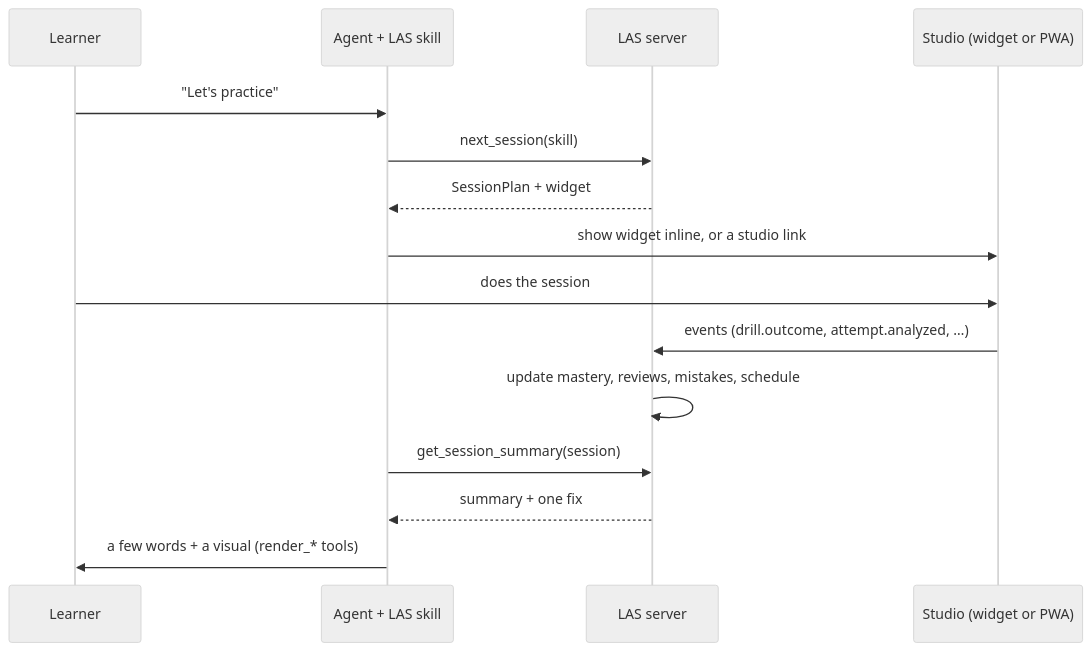
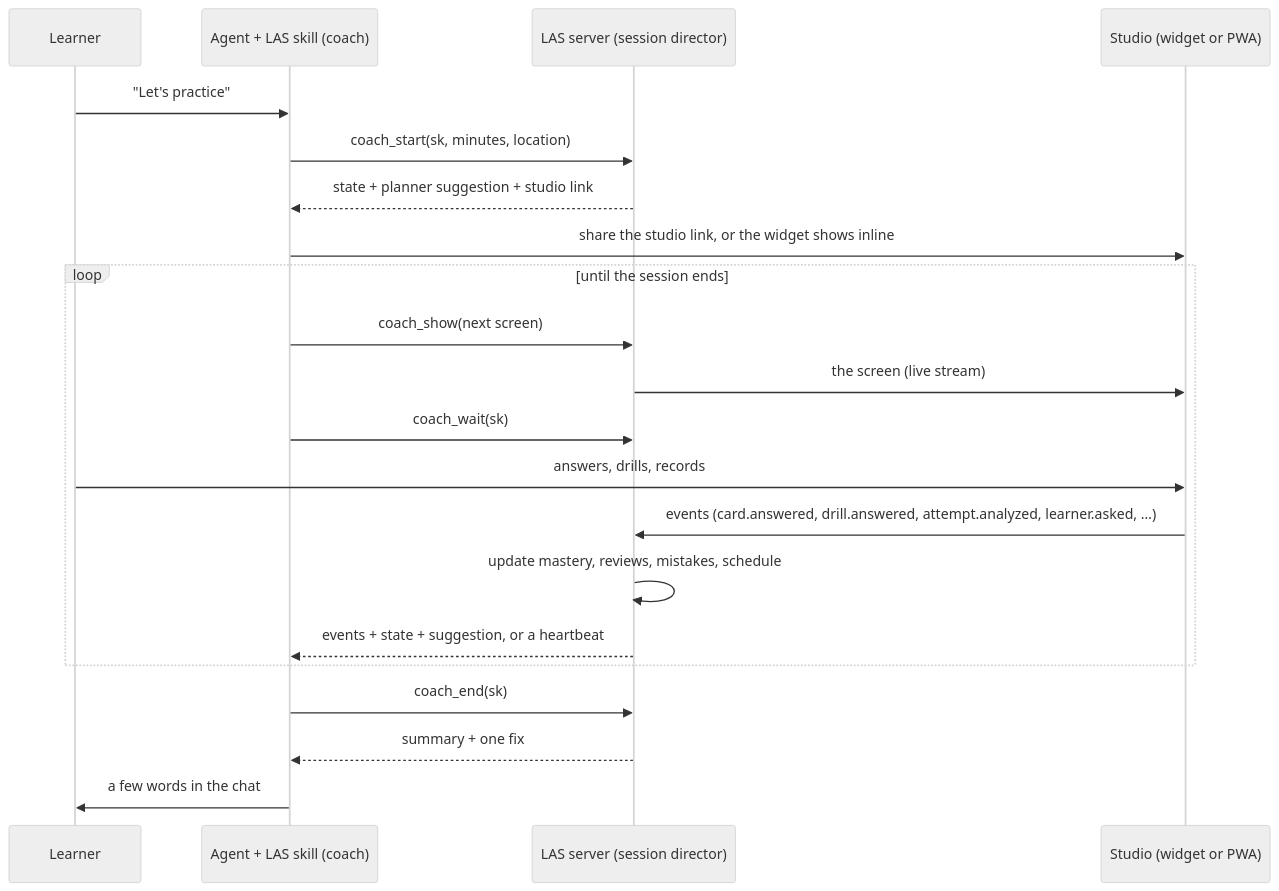
Before and after one commit to sukumar-v/las: the diagram in docs/design/mcp-and-data.md, drawn with Mermaid (neutral theme). The commit also changed other lines of this file and 6 other files, not shown here.

First line of the commit message:
Design the live coach

````diff
--- a/docs/design/mcp-and-data.md
+++ b/docs/design/mcp-and-data.md
@@ -11,17 +13,23 @@
 ```mermaid
 sequenceDiagram
   participant L as Learner
-  participant A as Agent + LAS skill
-  participant S as LAS server
+  participant A as Agent + LAS skill (coach)
+  participant S as LAS server (session director)
   participant U as Studio (widget or PWA)
   L->>A: "Let's practice"
-  A->>S: next_session(skill)
-  S-->>A: SessionPlan + widget
-  A->>U: show widget inline, or a studio link
-  L->>U: does the session
-  U->>S: events (drill.outcome, attempt.analyzed, …)
-  S->>S: update mastery, reviews, mistakes, schedule
-  A->>S: get_session_summary(session)
+  A->>S: coach_start(sk, minutes, location)
+  S-->>A: state + planner suggestion + studio link
+  A->>U: share the studio link, or the widget shows inline
+  loop until the session ends
+    A->>S: coach_show(next screen)
+    S->>U: the screen (live stream)
+    A->>S: coach_wait(sk)
+    L->>U: answers, drills, records
+    U->>S: events (card.answered, drill.answered, attempt.analyzed, learner.asked, …)
+    S->>S: update mastery, reviews, mistakes, schedule
+    S-->>A: events + state + suggestion, or a heartbeat
+  end
+  A->>S: coach_end(sk)
   S-->>A: summary + one fix
-  A->>L: a few words + a visual (render_* tools)
+  A->>L: a few words in the chat
 ```
````
